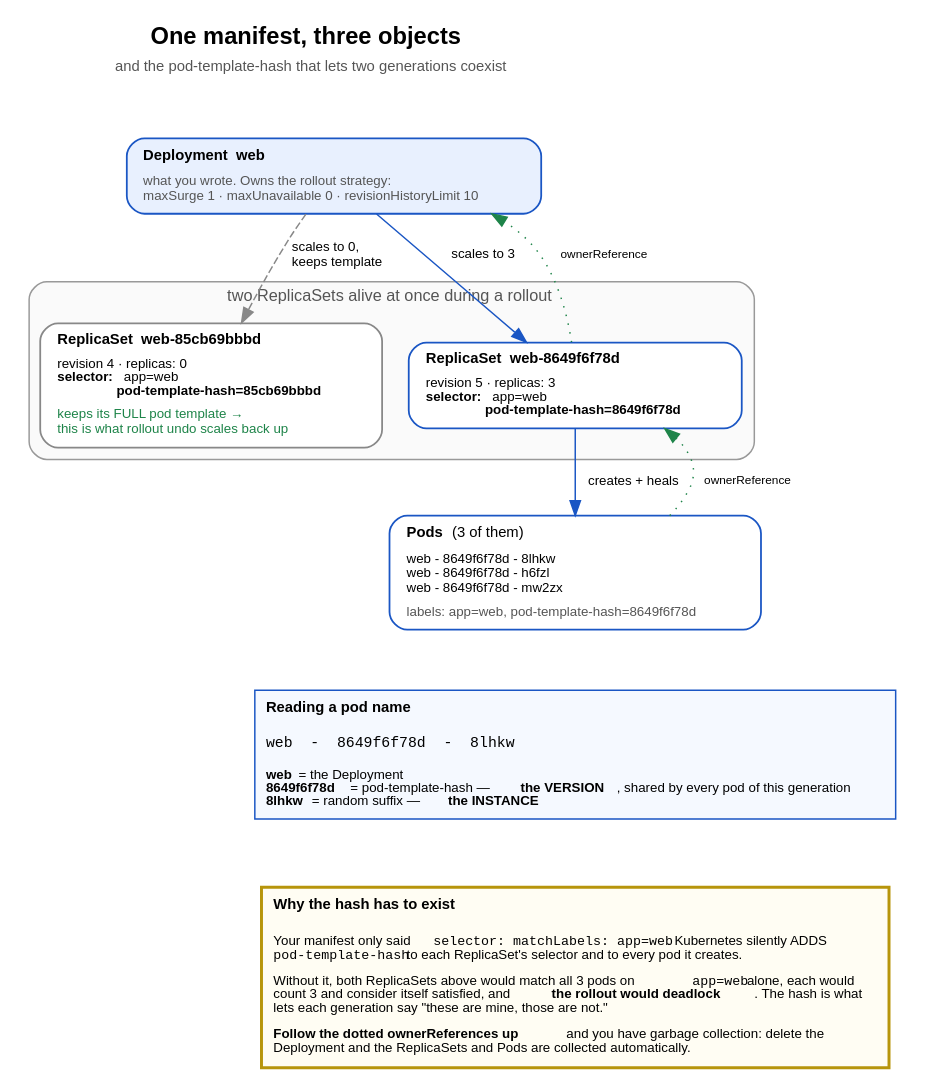
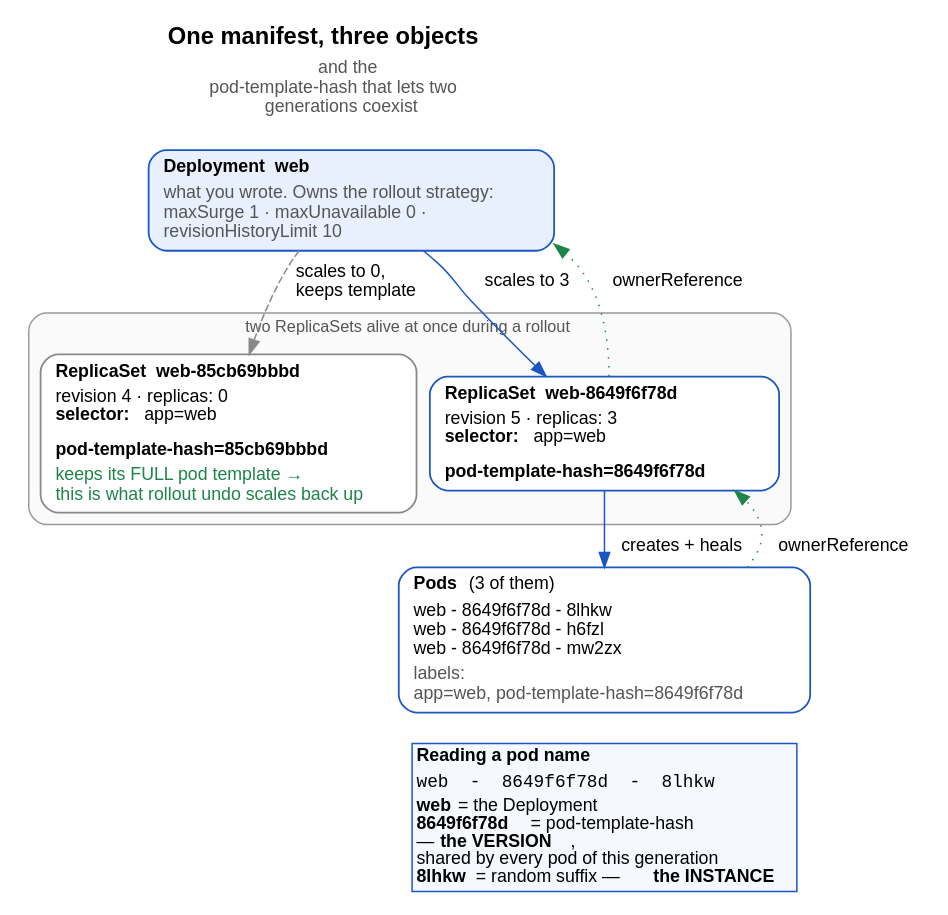
Before and after one commit to fiberoptix/home-lab-setup: the diagram in education/diagrams/ch02_fig1_ownership.dot, drawn with Graphviz. The commit also changed 85 other files, not shown here.

```diff
--- a/education/diagrams/ch02_fig1_ownership.dot
+++ b/education/diagrams/ch02_fig1_ownership.dot
@@ -1,84 +1,80 @@
 // Chapter 2, Figure 1 — one manifest, three objects, and the hash that keeps
 // two generations from fighting over the same pods.
 //
 // Render:
 //   dot -Tpng -Gdpi=150 ch02_fig1_ownership.dot -o ../images/ch02_fig1_ownership.png
 
 digraph ownership {
+  nodesep=0.12;
+  ranksep=0.2;
   rankdir=TB;
   bgcolor="white";
-  node  [fontname="Helvetica", fontsize=10, shape=box, style="filled,rounded", penwidth=1.2];
-  edge  [fontname="Helvetica", fontsize=9];
+  node  [fontname="Helvetica", fontsize=12, shape=box, style="filled,rounded", penwidth=1.2];
+  edge  [fontname="Helvetica", fontsize=12];
   graph [fontname="Helvetica", fontsize=11];
 
   title [shape=plaintext, style="", fillcolor="none", label=<
     <TABLE BORDER="0" CELLBORDER="0" CELLSPACING="0">
       <TR><TD><FONT POINT-SIZE="16"><B>One manifest, three objects</B></FONT></TD></TR>
-      <TR><TD><FONT POINT-SIZE="10" COLOR="#555555">and the pod-template-hash that lets two generations coexist</FONT></TD></TR>
+      <TR><TD><FONT POINT-SIZE="12" COLOR="#555555">and the<BR/>pod-template-hash that lets two<BR/>generations coexist</FONT></TD></TR>
     </TABLE>>];
 
   // ------------------------------------------------------------- deployment
   deploy [fillcolor="#e8f0fe", color="#1a56c4", label=<
-    <TABLE BORDER="0" CELLBORDER="0" CELLSPACING="0" CELLPADDING="3">
+    <TABLE BORDER="0" CELLBORDER="0" CELLSPACING="0" CELLPADDING="2">
       <TR><TD ALIGN="LEFT" BALIGN="LEFT"><B>Deployment  web</B></TD></TR>
-      <TR><TD ALIGN="LEFT" BALIGN="LEFT"><FONT POINT-SIZE="9" COLOR="#555555">what you wrote. Owns the rollout strategy:<BR/>maxSurge 1 · maxUnavailable 0 · revisionHistoryLimit 10</FONT></TD></TR>
+      <TR><TD ALIGN="LEFT" BALIGN="LEFT"><FONT POINT-SIZE="12" COLOR="#555555">what you wrote. Owns the rollout strategy:<BR/>maxSurge 1 · maxUnavailable 0 ·<BR/>revisionHistoryLimit 10</FONT></TD></TR>
     </TABLE>>];
 
   // ----------------------------------------------------------- replicasets
   subgraph cluster_rs {
     label="  two ReplicaSets alive at once during a rollout  ";
     style="filled,rounded"; fillcolor="#fafafa"; color="#999999"; fontcolor="#555555";
 
     rsold [fillcolor="#ffffff", color="#888888", label=<
-      <TABLE BORDER="0" CELLBORDER="0" CELLSPACING="0" CELLPADDING="3">
+      <TABLE BORDER="0" CELLBORDER="0" CELLSPACING="0" CELLPADDING="2">
         <TR><TD ALIGN="LEFT" BALIGN="LEFT"><B>ReplicaSet  web-85cb69bbbd</B></TD></TR>
-        <TR><TD ALIGN="LEFT" BALIGN="LEFT"><FONT POINT-SIZE="9">revision 4 · replicas: 0<BR/><B>selector:</B> app=web<BR/>&nbsp;&nbsp;&nbsp;&nbsp;&nbsp;&nbsp;&nbsp;&nbsp;&nbsp;&nbsp;&nbsp;&nbsp; <B>pod-template-hash=85cb69bbbd</B></FONT></TD></TR>
-        <TR><TD ALIGN="LEFT" BALIGN="LEFT"><FONT POINT-SIZE="9" COLOR="#1e8449">keeps its FULL pod template →<BR/>this is what rollout undo scales back up</FONT></TD></TR>
+        <TR><TD ALIGN="LEFT" BALIGN="LEFT"><FONT POINT-SIZE="12">revision 4 · replicas: 0<BR/><B>selector:</B> app=web<BR/>&nbsp;&nbsp;&nbsp;&nbsp;&nbsp;&nbsp;&nbsp;&nbsp;&nbsp;&nbsp;&nbsp;&nbsp;<BR/><B>pod-template-hash=85cb69bbbd</B></FONT></TD></TR>
+        <TR><TD ALIGN="LEFT" BALIGN="LEFT"><FONT POINT-SIZE="12" COLOR="#1e8449">keeps its FULL pod template →<BR/>this is what rollout undo scales back up</FONT></TD></TR>
       </TABLE>>];
 
     rsnew [fillcolor="#ffffff", color="#1a56c4", label=<
-      <TABLE BORDER="0" CELLBORDER="0" CELLSPACING="0" CELLPADDING="3">
+      <TABLE BORDER="0" CELLBORDER="0" CELLSPACING="0" CELLPADDING="2">
         <TR><TD ALIGN="LEFT" BALIGN="LEFT"><B>ReplicaSet  web-8649f6f78d</B></TD></TR>
-        <TR><TD ALIGN="LEFT" BALIGN="LEFT"><FONT POINT-SIZE="9">revision 5 · replicas: 3<BR/><B>selector:</B> app=web<BR/>&nbsp;&nbsp;&nbsp;&nbsp;&nbsp;&nbsp;&nbsp;&nbsp;&nbsp;&nbsp;&nbsp;&nbsp; <B>pod-template-hash=8649f6f78d</B></FONT></TD></TR>
+        <TR><TD ALIGN="LEFT" BALIGN="LEFT"><FONT POINT-SIZE="12">revision 5 · replicas: 3<BR/><B>selector:</B> app=web<BR/>&nbsp;&nbsp;&nbsp;&nbsp;&nbsp;&nbsp;&nbsp;&nbsp;&nbsp;&nbsp;&nbsp;&nbsp;<BR/><B>pod-template-hash=8649f6f78d</B></FONT></TD></TR>
       </TABLE>>];
   }
 
   // ----------------------------------------------------------------- pods
   pods [fillcolor="#ffffff", color="#1a56c4", label=<
-    <TABLE BORDER="0" CELLBORDER="0" CELLSPACING="0" CELLPADDING="3">
+    <TABLE BORDER="0" CELLBORDER="0" CELLSPACING="0" CELLPADDING="2">
       <TR><TD ALIGN="LEFT" BALIGN="LEFT"><B>Pods</B>  (3 of them)</TD></TR>
-      <TR><TD ALIGN="LEFT" BALIGN="LEFT"><FONT POINT-SIZE="9">web - 8649f6f78d - 8lhkw<BR/>web - 8649f6f78d - h6fzl<BR/>web - 8649f6f78d - mw2zx</FONT></TD></TR>
-      <TR><TD ALIGN="LEFT" BALIGN="LEFT"><FONT POINT-SIZE="9" COLOR="#555555">labels: app=web, pod-template-hash=8649f6f78d</FONT></TD></TR>
+      <TR><TD ALIGN="LEFT" BALIGN="LEFT"><FONT POINT-SIZE="12">web - 8649f6f78d - 8lhkw<BR/>web - 8649f6f78d - h6fzl<BR/>web - 8649f6f78d - mw2zx</FONT></TD></TR>
+      <TR><TD ALIGN="LEFT" BALIGN="LEFT"><FONT POINT-SIZE="12" COLOR="#555555">labels:<BR/>app=web, pod-template-hash=8649f6f78d</FONT></TD></TR>
     </TABLE>>];
 
   anatomy [shape=plaintext, style="", fillcolor="none", label=<
-    <TABLE BORDER="1" CELLBORDER="0" CELLSPACING="0" CELLPADDING="6" COLOR="#1a56c4" BGCOLOR="#f5f9ff">
+    <TABLE BORDER="1" CELLBORDER="0" CELLSPACING="0" CELLPADDING="2" COLOR="#1a56c4" BGCOLOR="#f5f9ff">
       <TR><TD ALIGN="LEFT" BALIGN="LEFT"><B>Reading a pod name</B></TD></TR>
-      <TR><TD ALIGN="LEFT" BALIGN="LEFT"><FONT FACE="Courier" POINT-SIZE="10">web  -  8649f6f78d  -  8lhkw</FONT></TD></TR>
-      <TR><TD ALIGN="LEFT" BALIGN="LEFT"><FONT POINT-SIZE="9"><B>web</B> = the Deployment<BR/><B>8649f6f78d</B> = pod-template-hash — <B>the VERSION</B>, shared by every pod of this generation<BR/><B>8lhkw</B> = random suffix — <B>the INSTANCE</B></FONT></TD></TR>
+      <TR><TD ALIGN="LEFT" BALIGN="LEFT"><FONT FACE="Courier" POINT-SIZE="12">web  -  8649f6f78d  -  8lhkw</FONT></TD></TR>
+      <TR><TD ALIGN="LEFT" BALIGN="LEFT"><FONT POINT-SIZE="12"><B>web</B> = the Deployment<BR/><B>8649f6f78d</B> = pod-template-hash<BR/>— <B>the VERSION</B>,<BR/>shared by every pod of this generation<BR/><B>8lhkw</B> = random suffix — <B>the INSTANCE</B></FONT></TD></TR>
     </TABLE>>];
 
   // ---------------------------------------------------------------- edges
   title -> deploy [style=invis];
   deploy -> rsold [label="  scales to 0,\l  keeps template\l", color="#888888", style=dashed];
   deploy -> rsnew [label="  scales to 3", color="#1a56c4"];
   rsnew  -> pods  [label="  creates + heals", color="#1a56c4"];
   pods   -> anatomy [style=invis];
 
   // ownerReferences point back UP
-  edge [fontsize=8, color="#1e8449", style=dotted, constraint=false];
+  edge [fontsize=12, color="#1e8449", style=dotted, constraint=false];
   pods  -> rsnew  [label="  ownerReference  "];
   rsnew -> deploy [label="  ownerReference  "];
 
   // -------------------------------------------------------------- callout
-  why [shape=plaintext, style="", fillcolor="none", label=<
-    <TABLE BORDER="2" CELLBORDER="0" CELLSPACING="0" CELLPADDING="7" COLOR="#b7950b" BGCOLOR="#fffdf3">
-      <TR><TD ALIGN="LEFT" BALIGN="LEFT"><B>Why the hash has to exist</B></TD></TR>
-      <TR><TD ALIGN="LEFT" BALIGN="LEFT"><FONT POINT-SIZE="9">Your manifest only said <FONT FACE="Courier">selector: matchLabels: app=web</FONT>. Kubernetes silently ADDS<BR/><FONT FACE="Courier">pod-template-hash</FONT> to each ReplicaSet's selector and to every pod it creates.<BR/><BR/>Without it, both ReplicaSets above would match all 3 pods on <FONT FACE="Courier">app=web</FONT> alone, each would<BR/>count 3 and consider itself satisfied, and <B>the rollout would deadlock</B>. The hash is what<BR/>lets each generation say &quot;these are mine, those are not.&quot;<BR/><BR/><B>Follow the dotted ownerReferences up</B> and you have garbage collection: delete the<BR/>Deployment and the ReplicaSets and Pods are collected automatically.</FONT></TD></TR>
-    </TABLE>>];
 
   // constraint=true is REQUIRED here: the ownerReference edges above set
   // constraint=false as an edge default, which would otherwise let this box
   // float to the top of the drawing.
-  anatomy -> why [style=invis, constraint=true];
 }
```
